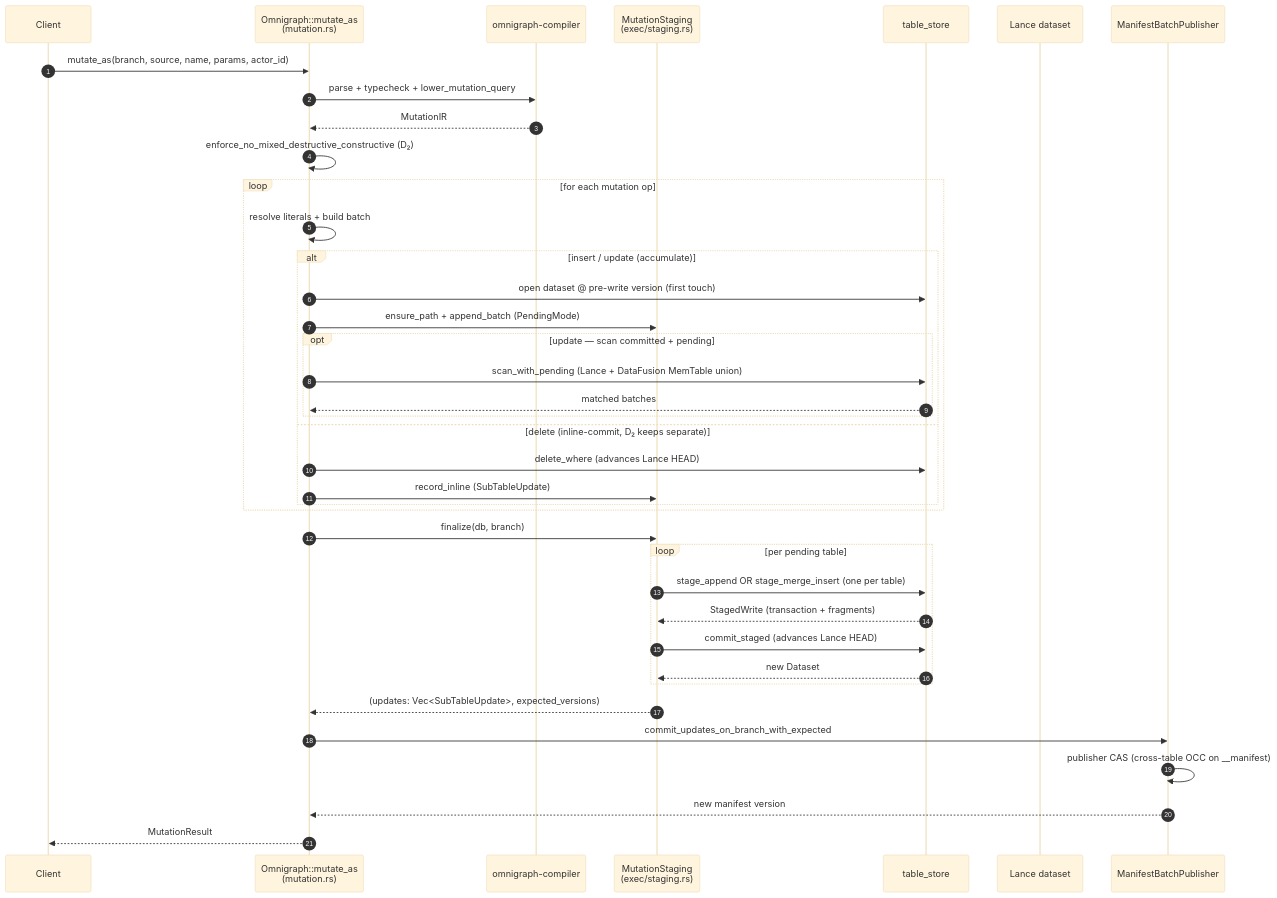
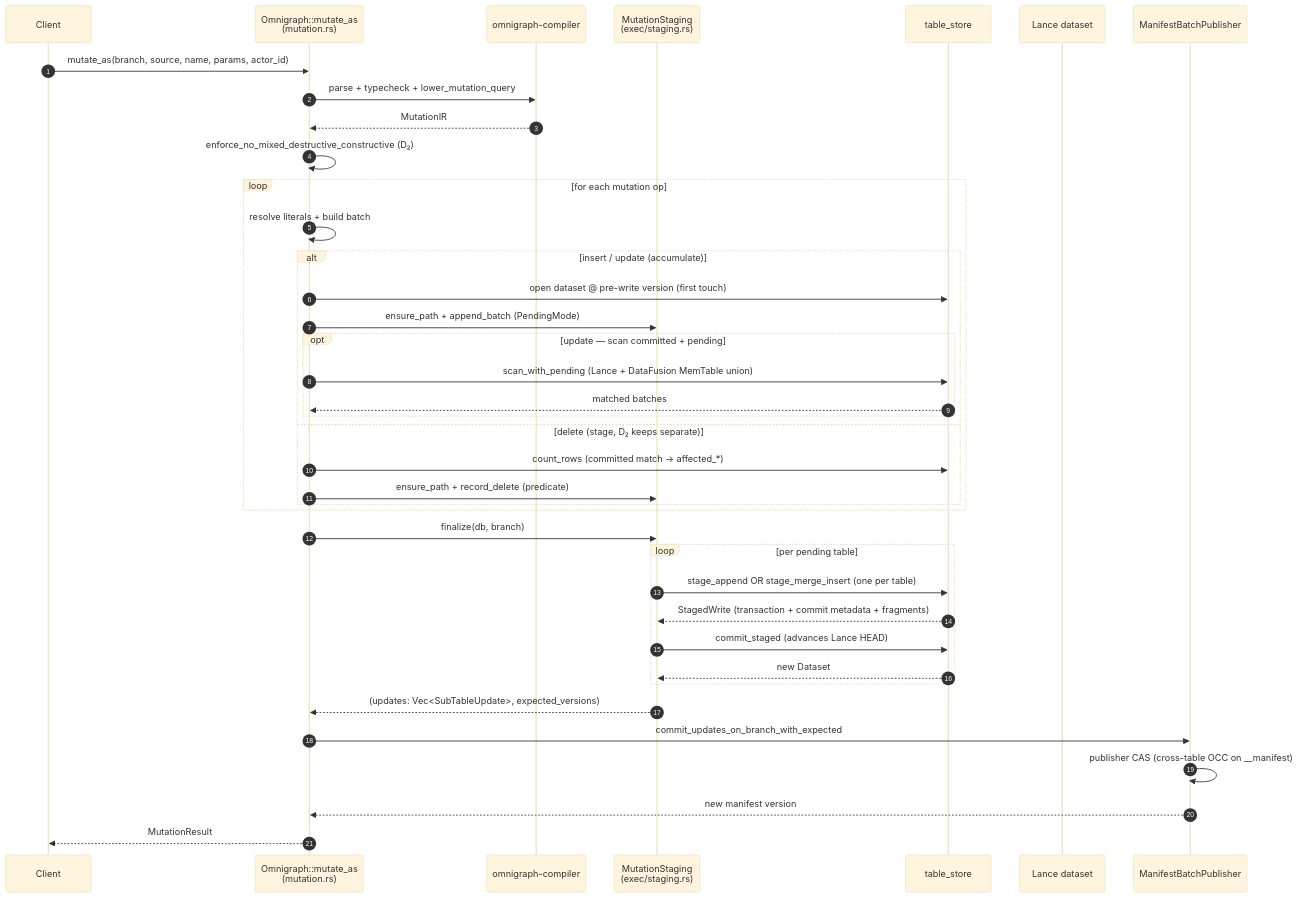
One commit to ModernRelay/omnigraph changed the second of 2 diagrams in docs/dev/execution.md. Above: the diagram before and after it, drawn with Mermaid (base theme). The commit also changed other lines of this file and 24 other files, not shown here.

First line of the commit message:
feat(engine): Stage the delete path; retire the inline-delete residual (#308)

````diff
--- a/docs/dev/execution.md
+++ b/docs/dev/execution.md
@@ -95,42 +95,42 @@
 ```mermaid
 sequenceDiagram
     autonumber
     participant client as Client
     participant og as Omnigraph::mutate_as<br/>(mutation.rs)
     participant cmp as omnigraph-compiler
     participant stg as MutationStaging<br/>(exec/staging.rs)
     participant ts as table_store
     participant lance as Lance dataset
     participant pub as ManifestBatchPublisher
 
     client->>og: mutate_as(branch, source, name, params, actor_id)
     og->>cmp: parse + typecheck + lower_mutation_query
     cmp-->>og: MutationIR
     og->>og: enforce_no_mixed_destructive_constructive (D₂)
     loop for each mutation op
         og->>og: resolve literals + build batch
         alt insert / update (accumulate)
             og->>ts: open dataset @ pre-write version (first touch)
             og->>stg: ensure_path + append_batch (PendingMode)
             opt update — scan committed + pending
                 og->>ts: scan_with_pending (Lance + DataFusion MemTable union)
                 ts-->>og: matched batches
             end
-        else delete (inline-commit, D₂ keeps separate)
-            og->>ts: delete_where (advances Lance HEAD)
-            og->>stg: record_inline (SubTableUpdate)
+        else delete (stage, D₂ keeps separate)
+            og->>ts: count_rows (committed match → affected_*)
+            og->>stg: ensure_path + record_delete (predicate)
         end
     end
     og->>stg: finalize(db, branch)
     loop per pending table
         stg->>ts: stage_append OR stage_merge_insert (one per table)
-        ts-->>stg: StagedWrite (transaction + fragments)
+        ts-->>stg: StagedWrite (transaction + commit metadata + fragments)
         stg->>ts: commit_staged (advances Lance HEAD)
         ts-->>stg: new Dataset
     end
     stg-->>og: (updates: Vec<SubTableUpdate>, expected_versions)
     og->>pub: commit_updates_on_branch_with_expected
     pub->>pub: publisher CAS (cross-table OCC on __manifest)
     pub-->>og: new manifest version
     og-->>client: MutationResult
 ```
````
